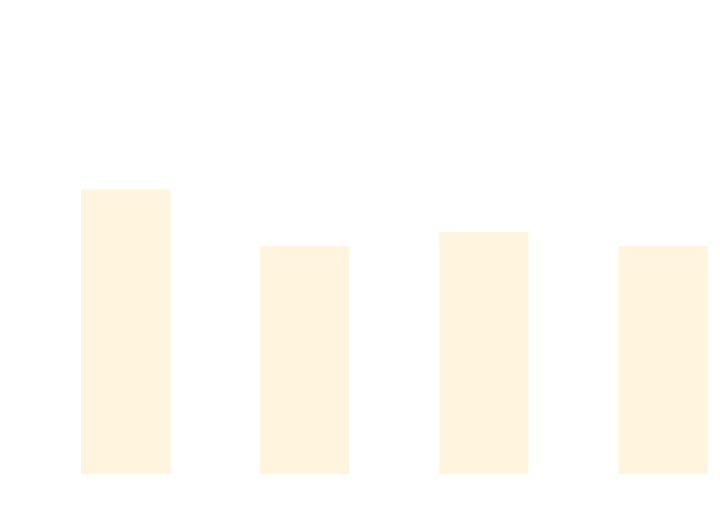
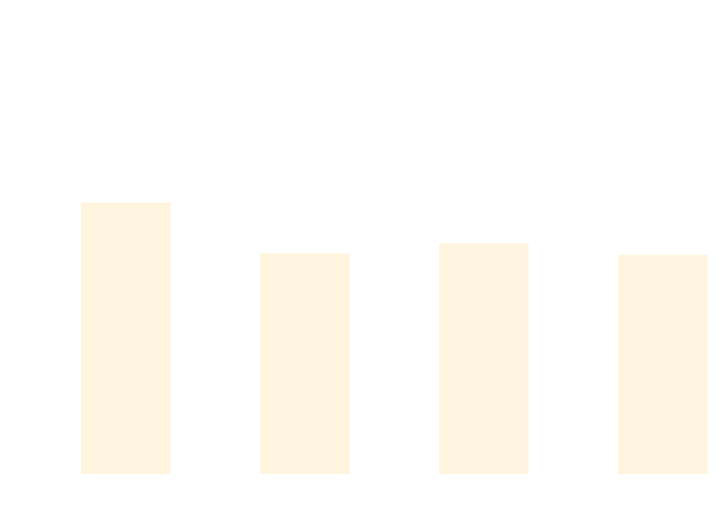
One commit to thomhurst/TUnit changed the diagram in docs/docs/benchmarks/BuildTime.md. Above: the diagram before and after it, drawn with Mermaid. The commit also changed other lines of this file and 17 other files, not shown here.

````diff
--- a/docs/docs/benchmarks/BuildTime.md
+++ b/docs/docs/benchmarks/BuildTime.md
@@ -28,37 +28,37 @@
 ```mermaid
 %%{init: {
   'theme':'base',
   'themeVariables': {
     'primaryColor': '#2563eb',
     'primaryTextColor': '#ffffff',
     'primaryBorderColor': '#1e40af',
     'lineColor': '#6b7280',
     'secondaryColor': '#7c3aed',
     'tertiaryColor': '#dc2626',
     'background': '#ffffff',
     'mainBkg': '#2563eb',
     'secondBkg': '#7c3aed',
     'tertiaryBkg': '#dc2626',
     'clusterBkg': '#f3f4f6',
     'edgeLabelBackground': '#ffffff',
     'tertiaryTextColor': '#1f2937',
     'pie1': '#2563eb',
     'pie2': '#7c3aed',
     'pie3': '#dc2626',
     'pie4': '#f59e0b',
     'pie5': '#10b981',
     'pie6': '#06b6d4',
     'pie7': '#ec4899',
     'pie8': '#6366f1',
     'pie9': '#84cc16',
     'pie10': '#f97316',
     'pie11': '#14b8a6',
     'pie12': '#a855f7'
   }
 }}%%
 xychart-beta
   title "Build Time Comparison"
   x-axis ["Build_TUnit", "Build_NUnit", "Build_MSTest", "Build_xUnit3"]
   y-axis "Time (s)" 0 --> 3
-  bar [2.072, 1.645, 1.753, 1.645]
+  bar [1.974, 1.592, 1.668, 1.58]
 ```
````
